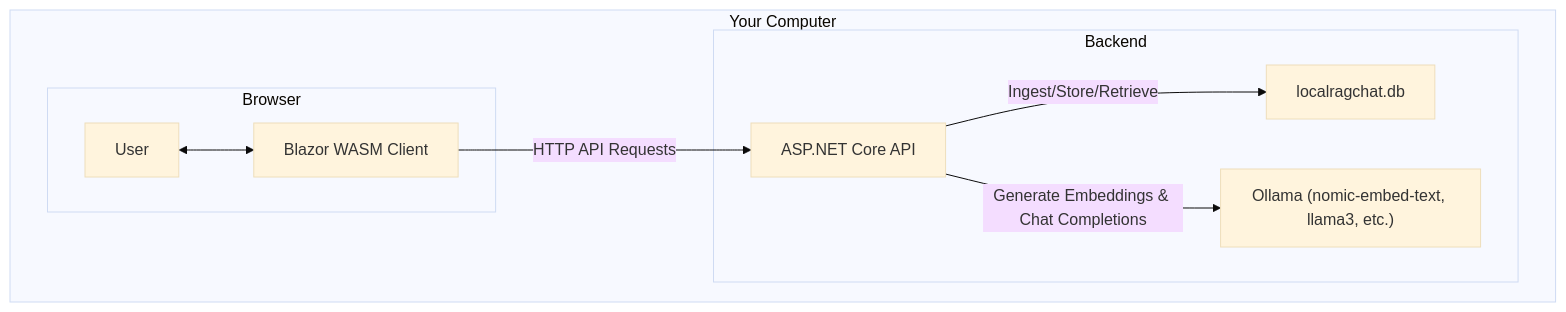
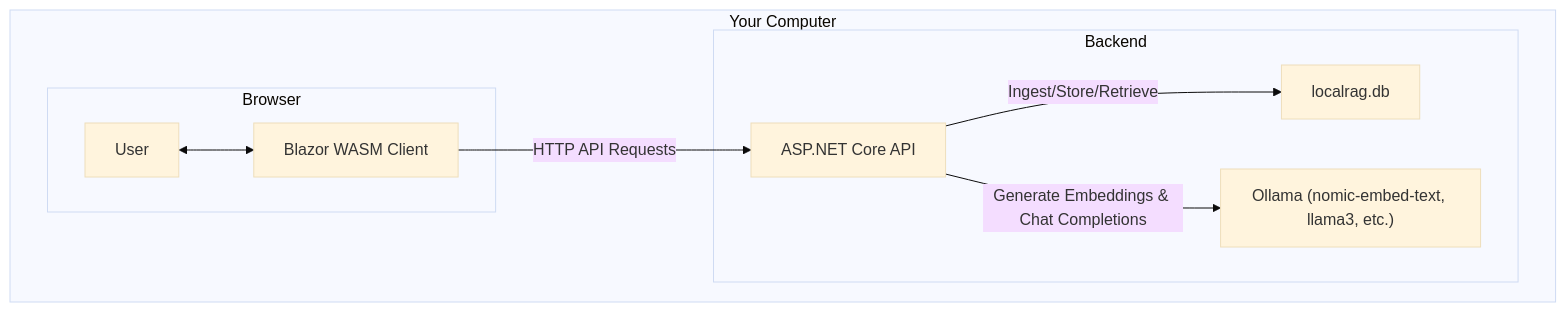
Before and after one commit to donpotts/LocalRAGChat: the diagram in README.md, drawn with Mermaid (base theme). The commit also changed other lines of this file and 1 other file, not shown here.

````diff
--- a/README.md
+++ b/README.md
@@ -24,18 +24,18 @@
 ```mermaid
 graph TD
     subgraph Your Computer
         subgraph "Browser"
             A[User] <--> B[Blazor WASM Client];
         end
 
         subgraph "Backend"
             C[ASP.NET Core API];
             D[SQLite Database];
             E[Ollama];
         end
     end
 
     B -- HTTP API Requests --> C;
-    C -- Ingest/Store/Retrieve --> D[localragchat.db];
+    C -- Ingest/Store/Retrieve --> D[localrag.db];
     C -- Generate Embeddings & Chat Completions --> E["Ollama (nomic-embed-text, llama3, etc.)"];
 ```
````
